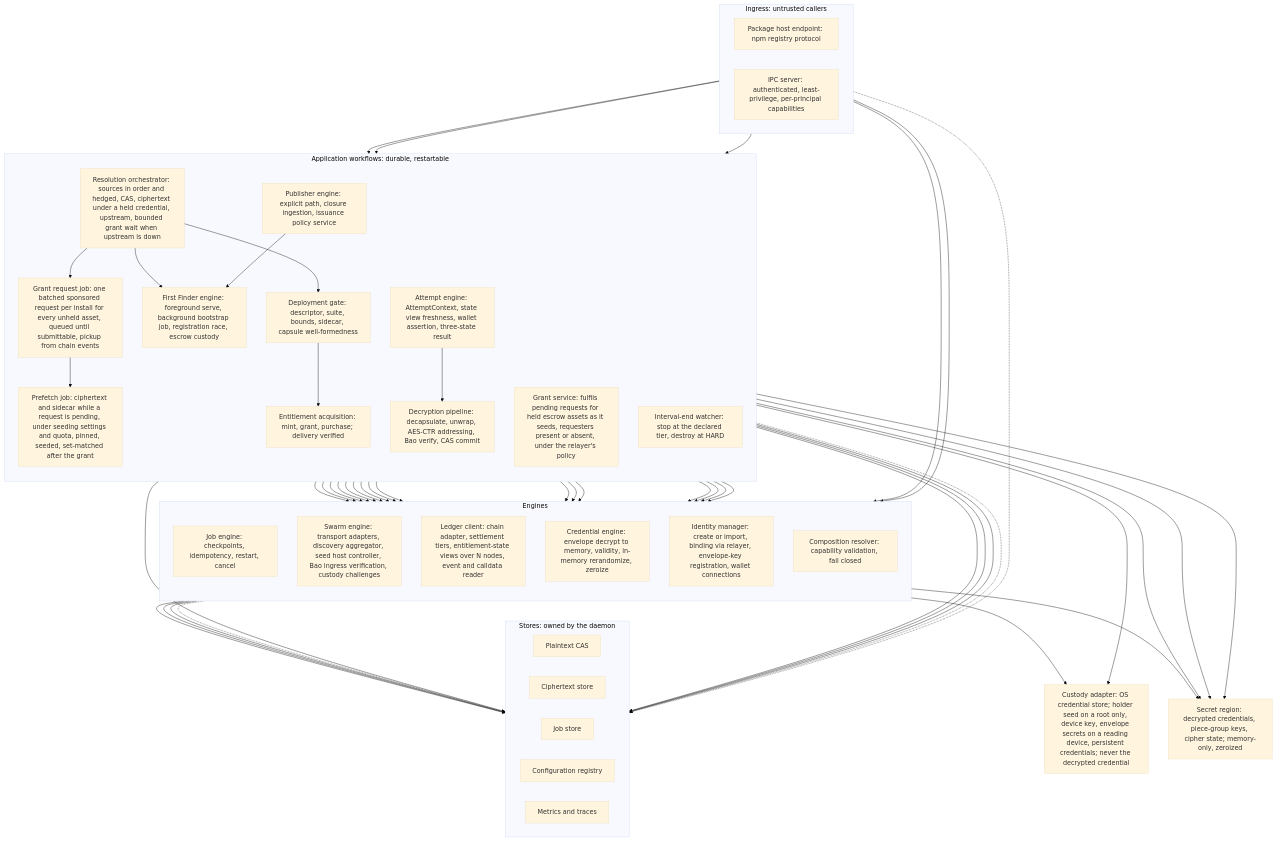
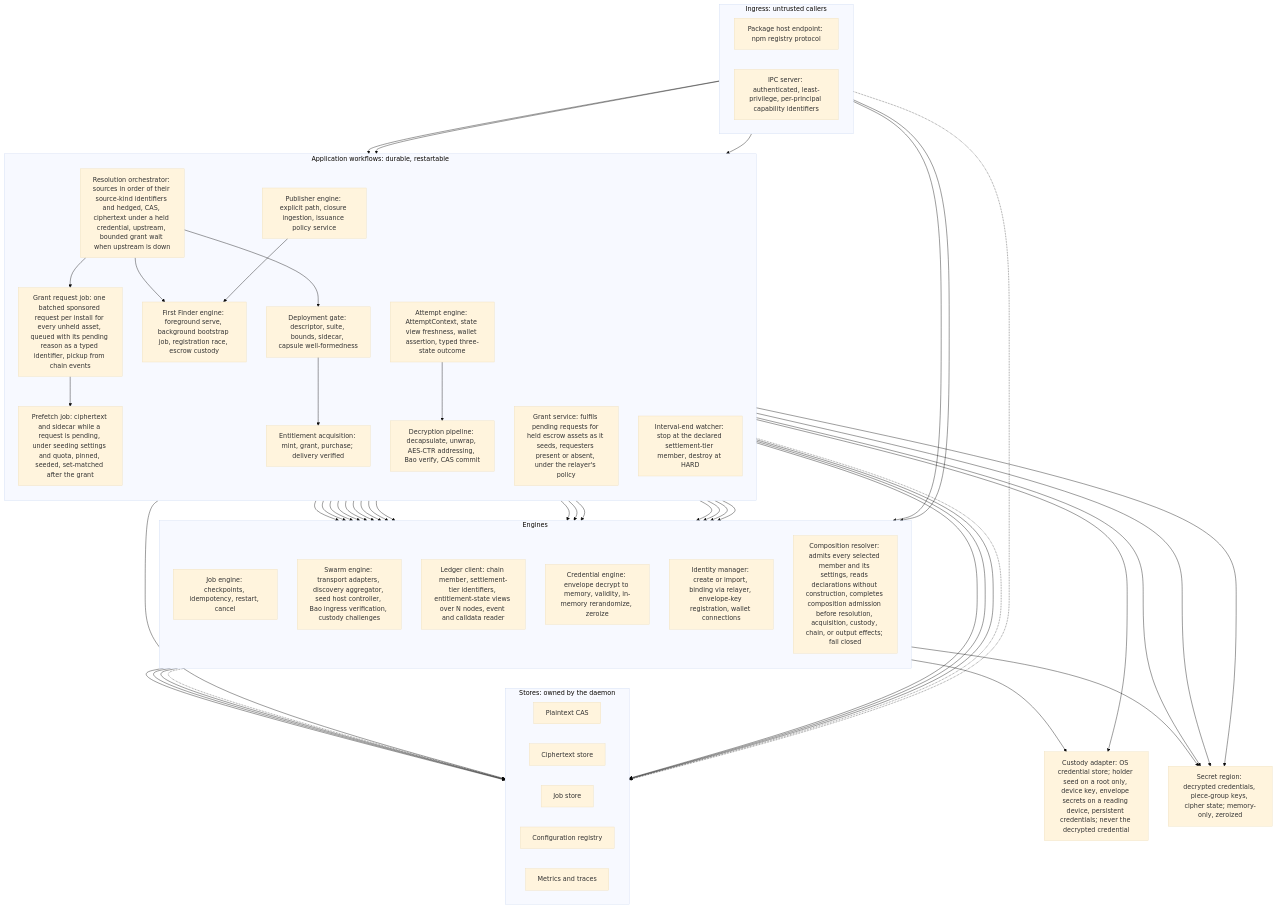
Before and after one commit to tsylvester/chaintorrent: the second of 4 diagrams in docs/project-planning/system-architecture.md, drawn with Mermaid (base theme). The commit also changed other lines of this file and 15 other files, not shown here.

```diff
--- a/docs/project-planning/system-architecture.md
+++ b/docs/project-planning/system-architecture.md
@@ -151,32 +155,32 @@
     subgraph ingress["Ingress: untrusted callers"]
         direction LR
         host["Package host endpoint: npm registry protocol"]
-        ipc["IPC server: authenticated, least-privilege, per-principal capabilities"]
+        ipc["IPC server: authenticated, least-privilege, per-principal capability identifiers"]
     end
 
     subgraph workflows["Application workflows: durable, restartable"]
         direction TB
-        resolve["Resolution orchestrator: sources in order and hedged, CAS, ciphertext under a held credential, upstream, bounded grant wait when upstream is down"]
+        resolve["Resolution orchestrator: sources in order of their source-kind identifiers and hedged, CAS, ciphertext under a held credential, upstream, bounded grant wait when upstream is down"]
         gate["Deployment gate: descriptor, suite, bounds, sidecar, capsule well-formedness"]
-        request["Grant request job: one batched sponsored request per install for every unheld asset, queued until submittable, pickup from chain events"]
+        request["Grant request job: one batched sponsored request per install for every unheld asset, queued with its pending reason as a typed identifier, pickup from chain events"]
         prefetch["Prefetch job: ciphertext and sidecar while a request is pending, under seeding settings and quota, pinned, seeded, set-matched after the grant"]
         acquire["Entitlement acquisition: mint, grant, purchase; delivery verified"]
-        attempt["Attempt engine: AttemptContext, state view freshness, wallet assertion, three-state result"]
+        attempt["Attempt engine: AttemptContext, state view freshness, wallet assertion, typed three-state outcome"]
         decrypt["Decryption pipeline: decapsulate, unwrap, AES-CTR addressing, Bao verify, CAS commit"]
         ff["First Finder engine: foreground serve, background bootstrap job, registration race, escrow custody"]
         publish["Publisher engine: explicit path, closure ingestion, issuance policy service"]
         grant["Grant service: fulfils pending requests for held escrow assets as it seeds, requesters present or absent, under the relayer's policy"]
-        interval["Interval-end watcher: stop at the declared tier, destroy at HARD"]
+        interval["Interval-end watcher: stop at the declared settlement-tier member, destroy at HARD"]
     end
 
     subgraph engines["Engines"]
         direction TB
         jobs["Job engine: checkpoints, idempotency, restart, cancel"]
         swarmeng["Swarm engine: transport adapters, discovery aggregator, seed host controller, Bao ingress verification, custody challenges"]
-        ledger["Ledger client: chain adapter, settlement tiers, entitlement-state views over N nodes, event and calldata reader"]
+        ledger["Ledger client: chain member, settlement-tier identifiers, entitlement-state views over N nodes, event and calldata reader"]
         cred["Credential engine: envelope decrypt to memory, validity, in-memory rerandomize, zeroize"]
         identity["Identity manager: create or import, binding via relayer, envelope-key registration, wallet connections"]
-        resolver["Composition resolver: capability validation, fail closed"]
+        resolver["Composition resolver: admits every selected member and its settings, reads declarations without construction, completes composition admission before resolution, acquisition, custody, chain, or output effects; fail closed"]
     end
 
     subgraph stores["Stores: owned by the daemon"]
```
